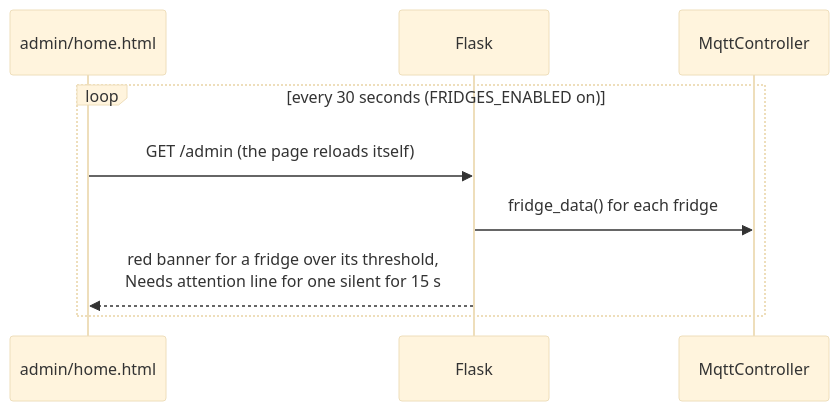
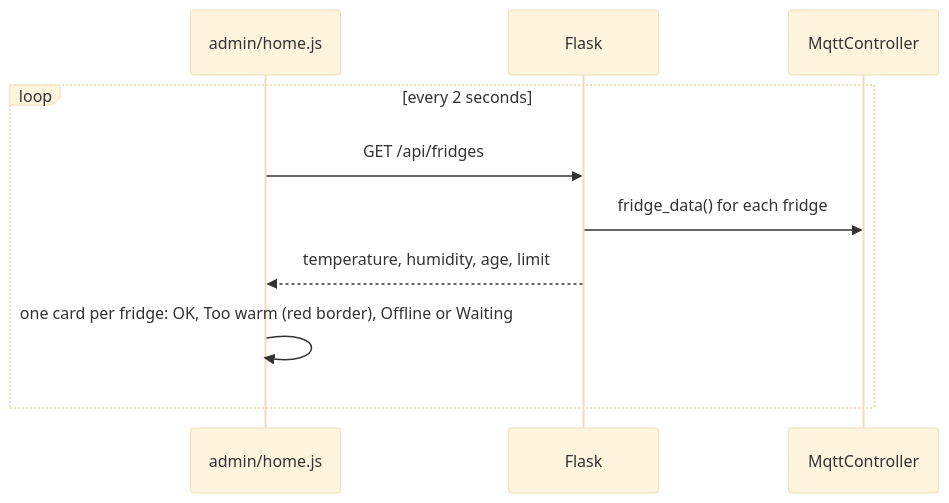
The fourth of 6 diagrams in docs/fridges.md (gvogas/IoT), drawn with Mermaid (base theme) before and after one commit. The commit also changed other lines of this file and 29 other files, not shown here.

Commit message:
chart better

````diff
--- a/docs/fridges.md
+++ b/docs/fridges.md
@@ -104,12 +104,13 @@
 ```mermaid
 sequenceDiagram
-    participant AD as admin/home.html
+    participant AD as admin/home.js
     participant F as Flask
     participant M as MqttController
 
-    loop every 30 seconds (FRIDGES_ENABLED on)
-        AD->>F: GET /admin (the page reloads itself)
+    loop every 2 seconds
+        AD->>F: GET /api/fridges
         F->>M: fridge_data() for each fridge
-        F-->>AD: red banner for a fridge over its threshold,<br/>Needs attention line for one silent for 15 s
+        F-->>AD: temperature, humidity, age, limit
+        AD->>AD: one card per fridge: OK, Too warm (red border), Offline or Waiting
     end
 ```
````
